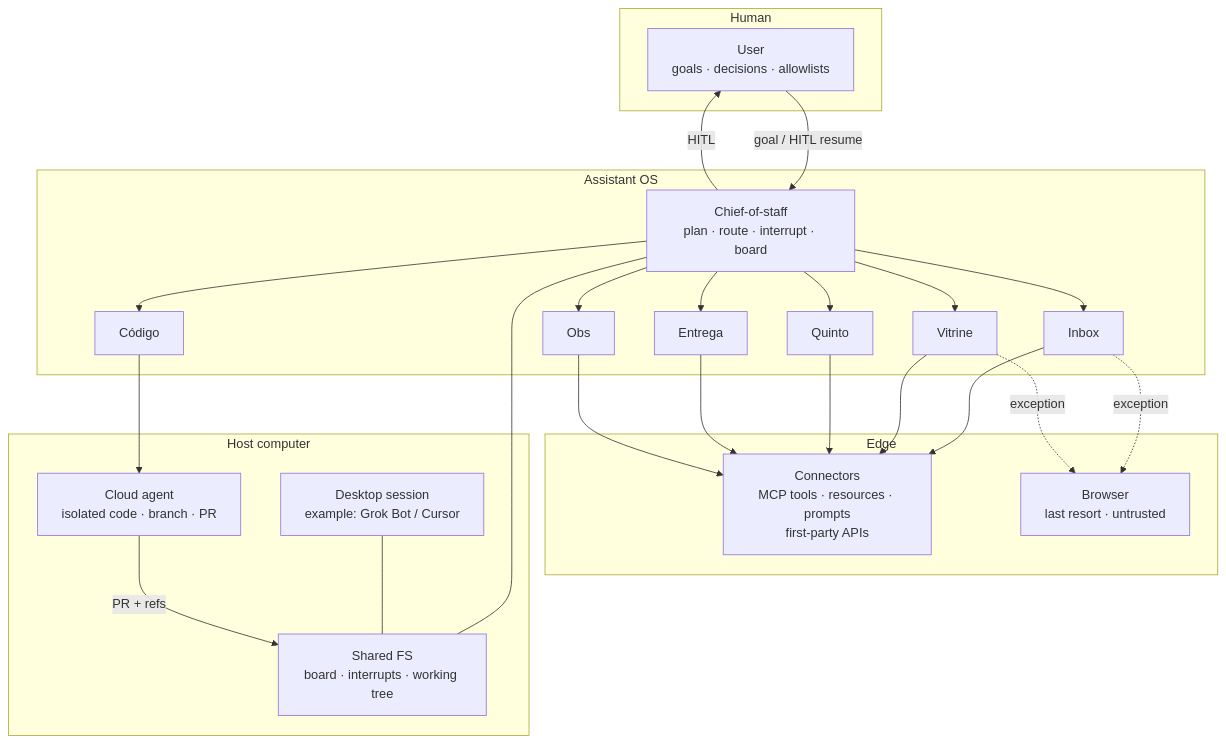
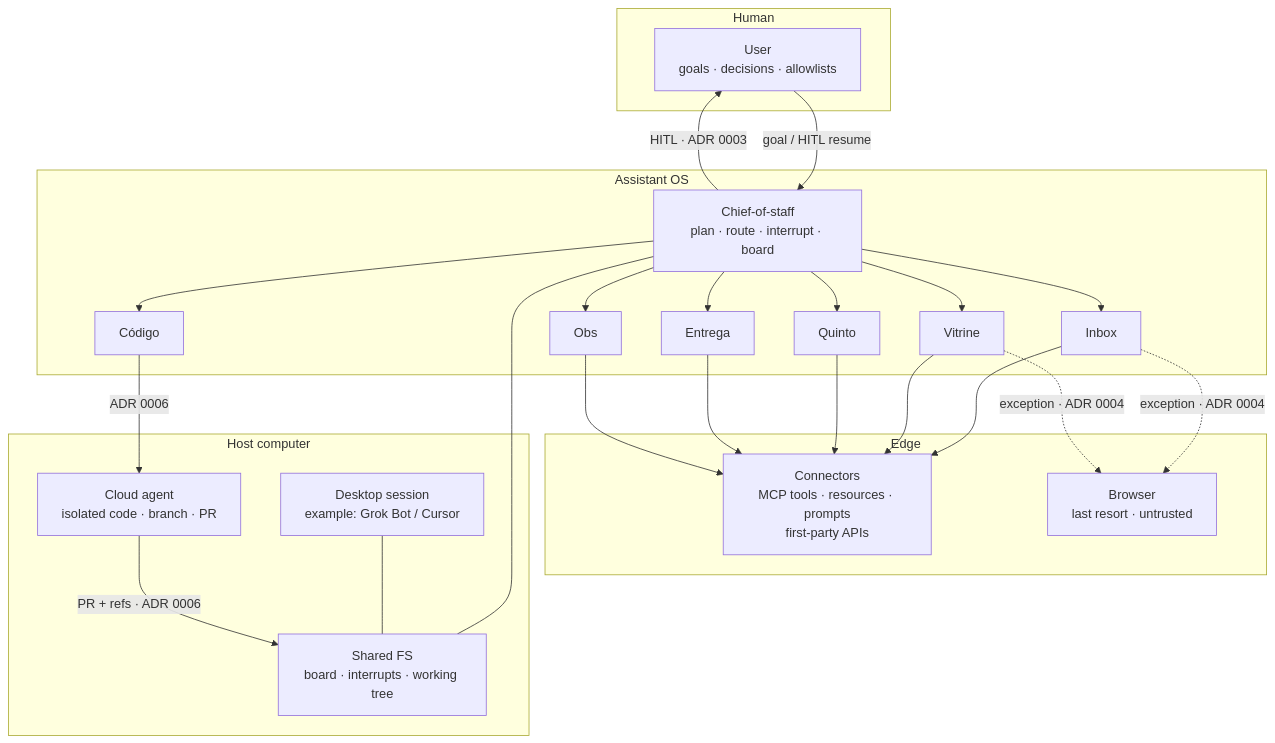
One commit to tiagovilasboas/grok-bot-architecture changed the diagram in docs/architecture.md. Above: the diagram before and after it, drawn with Mermaid. The commit also changed other lines of this file and 16 other files, not shown here.

````diff
--- a/docs/architecture.md
+++ b/docs/architecture.md
@@ -7,47 +7,47 @@
 ```mermaid
 flowchart TB
   subgraph human [Human]
     User["User<br/>goals · decisions · allowlists"]
   end
 
   subgraph os [Assistant OS]
     CoS["Chief-of-staff<br/>plan · route · interrupt · board"]
     Inbox["Inbox"]
     Codigo["Código"]
     Vitrine["Vitrine"]
     Quinto["Quinto"]
     Entrega["Entrega"]
     Obs["Obs"]
   end
 
   subgraph edge [Edge]
     Conn["Connectors<br/>MCP tools · resources · prompts<br/>first-party APIs"]
     Browser["Browser<br/>last resort · untrusted"]
   end
 
   subgraph machine [Host computer]
     Desktop["Desktop session<br/>example: Grok Bot / Cursor"]
     Files["Shared FS<br/>board · interrupts · working tree"]
     Cloud["Cloud agent<br/>isolated code · branch · PR"]
   end
 
   User -->|"goal / HITL resume"| CoS
   CoS --> Inbox
   CoS --> Codigo
   CoS --> Vitrine
   CoS --> Quinto
   CoS --> Entrega
   CoS --> Obs
   Inbox --> Conn
   Vitrine --> Conn
   Quinto --> Conn
   Entrega --> Conn
   Obs --> Conn
-  Inbox -.->|"exception"| Browser
-  Vitrine -.->|"exception"| Browser
-  Codigo --> Cloud
+  Inbox -.->|"exception · ADR 0004"| Browser
+  Vitrine -.->|"exception · ADR 0004"| Browser
+  Codigo -->|"ADR 0006"| Cloud
   CoS --- Files
   Desktop --- Files
-  Cloud -->|"PR + refs"| Files
-  CoS -->|"HITL"| User
+  Cloud -->|"PR + refs · ADR 0006"| Files
+  CoS -->|"HITL · ADR 0003"| User
 ```
````
